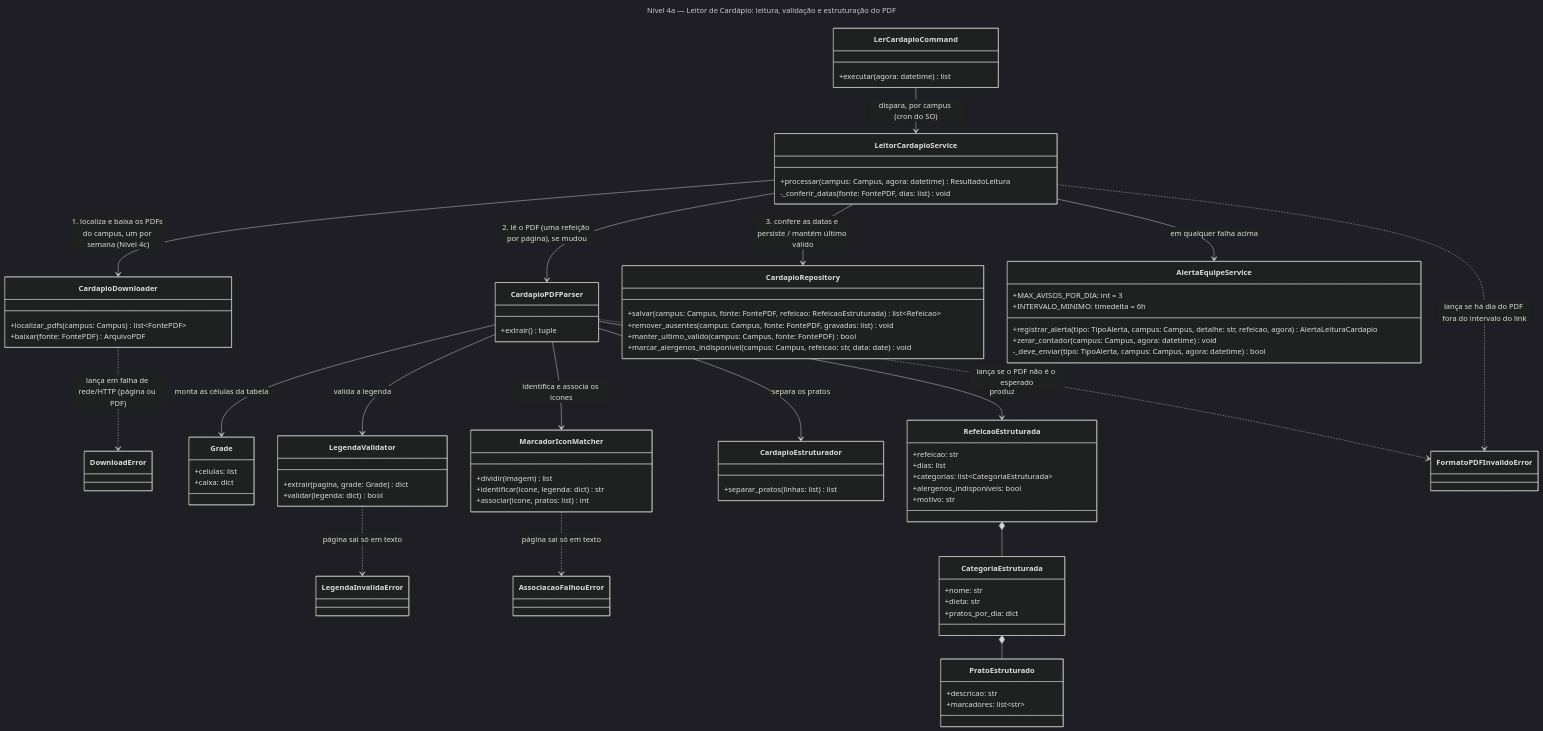
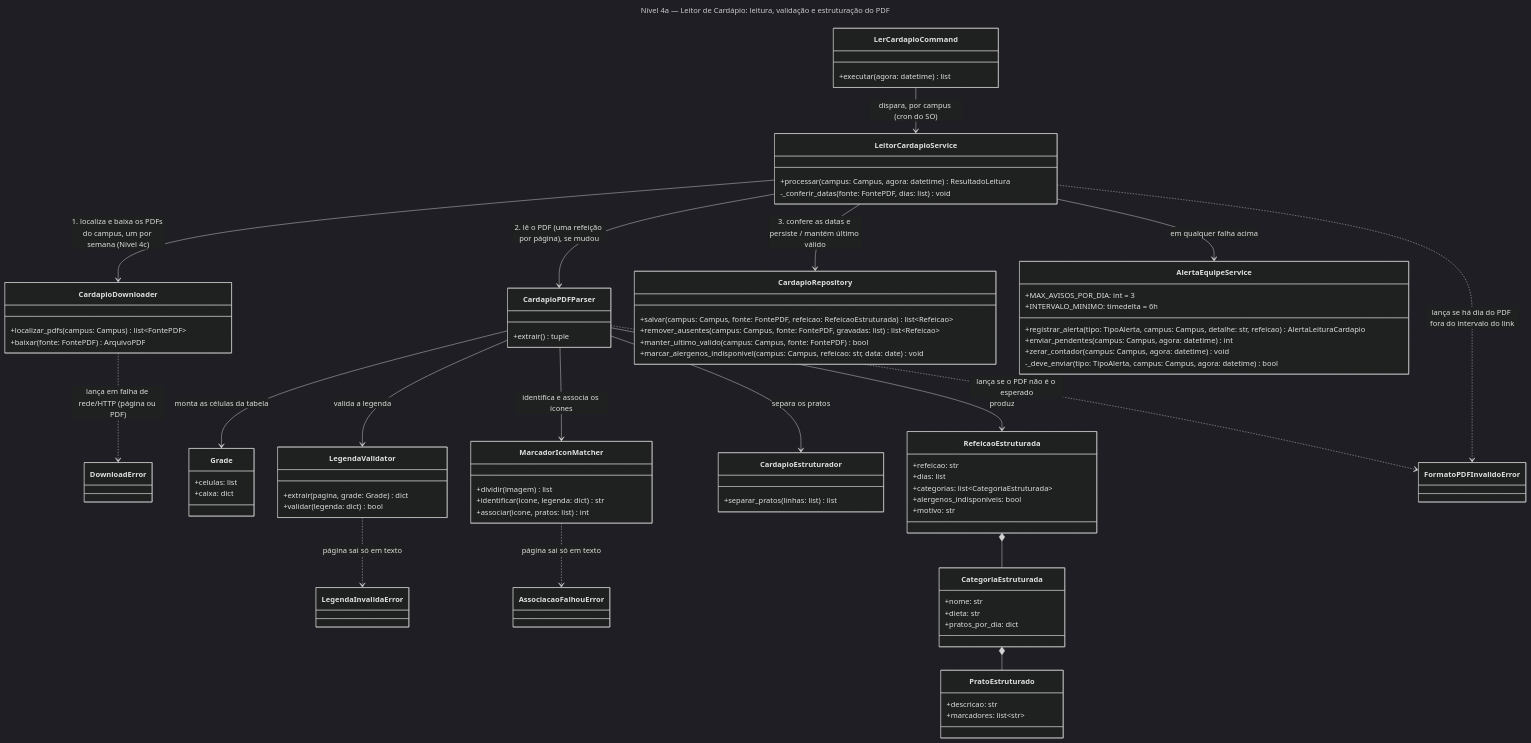
One commit to unb-mds/2026-2-Bandejao-UnB changed the first of 3 diagrams in docs/arquitetura/backend/c4-nivel-4-leitor-cardapio.md. Above: the diagram before and after it, drawn with Mermaid (dark theme). The commit also changed other lines of this file and 4 other files, not shown here.

```diff
--- a/docs/arquitetura/backend/c4-nivel-4-leitor-cardapio.md
+++ b/docs/arquitetura/backend/c4-nivel-4-leitor-cardapio.md
@@ -76,12 +76,13 @@
   }
   class CardapioRepository {
     +salvar(campus: Campus, fonte: FontePDF, refeicao: RefeicaoEstruturada) list~Refeicao~
-    +remover_ausentes(campus: Campus, fonte: FontePDF, gravadas: list) void
+    +remover_ausentes(campus: Campus, fonte: FontePDF, gravadas: list) list~Refeicao~
     +manter_ultimo_valido(campus: Campus, fonte: FontePDF) bool
     +marcar_alergenos_indisponivel(campus: Campus, refeicao: str, data: date) void
   }
   class AlertaEquipeService {
-    +registrar_alerta(tipo: TipoAlerta, campus: Campus, detalhe: str, refeicao, agora) AlertaLeituraCardapio
+    +registrar_alerta(tipo: TipoAlerta, campus: Campus, detalhe: str, refeicao) AlertaLeituraCardapio
+    +enviar_pendentes(campus: Campus, agora: datetime) int
     +zerar_contador(campus: Campus, agora: datetime) void
     -_deve_enviar(tipo: TipoAlerta, campus: Campus, agora: datetime) bool
     +MAX_AVISOS_POR_DIA: int = 3
```
